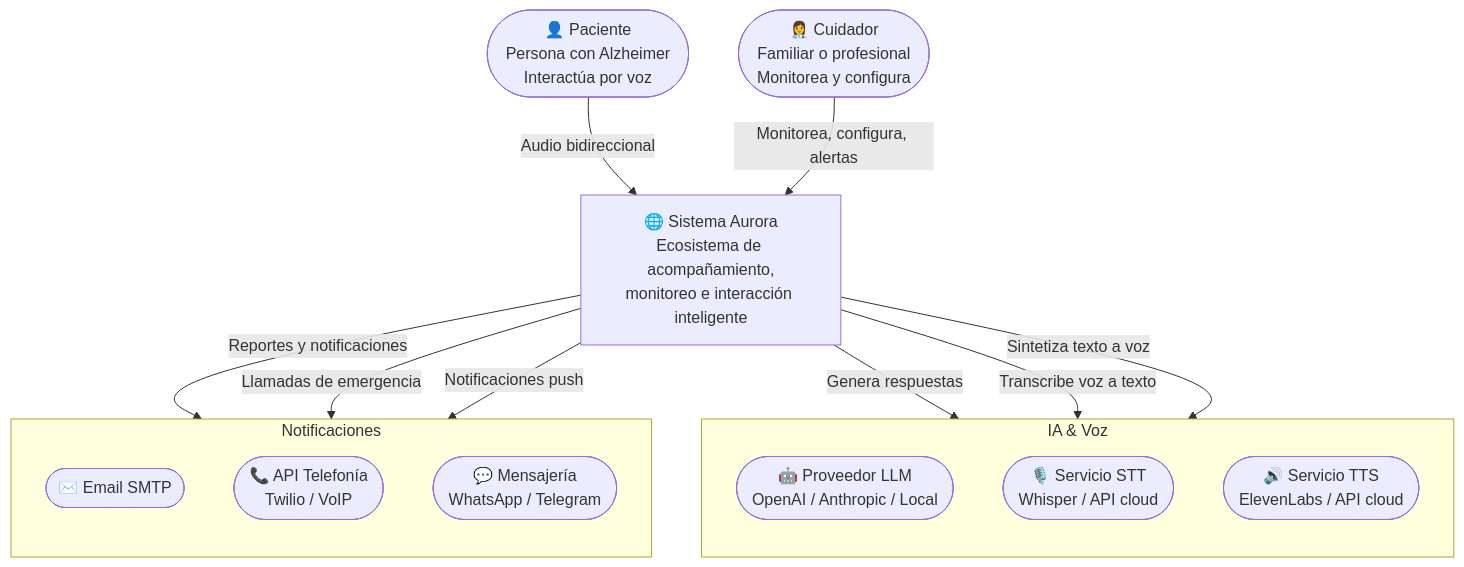
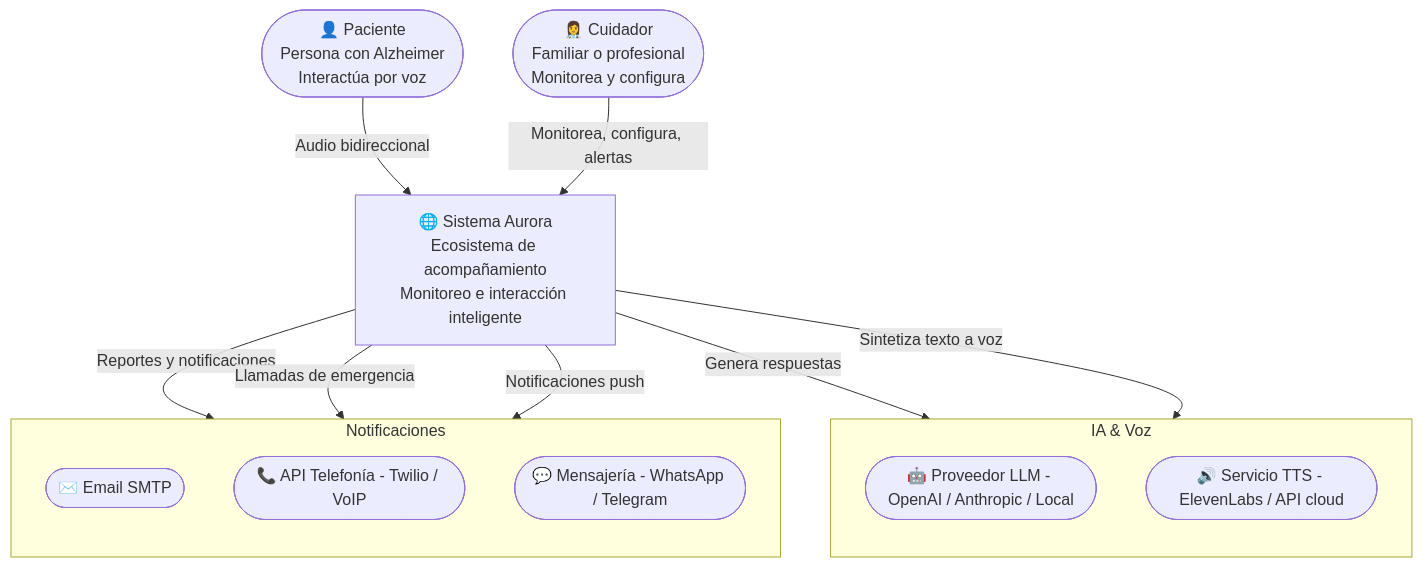
The first of 3 diagrams in Document Hub/Arquitectura y Stack Tecnológico.md (NicolasRodeyro/ObsidianAurora), drawn with Mermaid before and after one commit. The commit also changed other lines of this file and 3 other files, not shown here.

````diff
--- a/Document Hub/Arquitectura y Stack Tecnológico.md
+++ b/Document Hub/Arquitectura y Stack Tecnológico.md
@@ -47,32 +47,30 @@
 ```mermaid
 flowchart TB
 
-    patient(["👤 Paciente \n Persona con Alzheimer\nInteractúa por voz"])
-    caregiver(["👩‍⚕️ Cuidador\n Familiar o profesional\nMonitorea y configura"])
+    patient(["👤 Paciente<br/>Persona con Alzheimer<br/>Interactúa por voz"])
+    caregiver(["👩‍⚕️ Cuidador<br/>Familiar o profesional<br/>Monitorea y configura"])
 
-    aurora["🌐 Sistema Aurora\nEcosistema de acompañamiento,\nmonitoreo e interacción inteligente"]
+    aurora["🌐 Sistema Aurora<br/>Ecosistema de acompañamiento<br/>Monitoreo e interacción inteligente"]
 
     subgraph ext_ai["IA & Voz"]
         direction TB
-        llm(["🤖 Proveedor LLM\nOpenAI / Anthropic / Local"])
-        stt(["🎙️ Servicio STT\nWhisper / API cloud"])
-        tts(["🔊 Servicio TTS\nElevenLabs / API cloud"])
+        llm(["🤖 Proveedor LLM - OpenAI / Anthropic / Local"])
+        tts(["🔊 Servicio TTS - ElevenLabs / API cloud"])
     end
 
     subgraph ext_notif["Notificaciones"]
         direction TB
         email(["✉️ Email SMTP"])
-        telephony(["📞 API Telefonía\nTwilio / VoIP"])
-        messaging(["💬 Mensajería\nWhatsApp / Telegram"])
+        telephony(["📞 API Telefonía - Twilio / VoIP"])
+        messaging(["💬 Mensajería - WhatsApp / Telegram"])
     end
 
     patient -->|"Audio bidireccional"| aurora
     caregiver -->|"Monitorea, configura, alertas"| aurora
 
     aurora -->|"Genera respuestas"| llm
-    aurora -->|"Transcribe voz a texto"| stt
     aurora -->|"Sintetiza texto a voz"| tts
     aurora -->|"Reportes y notificaciones"| email
     aurora -->|"Llamadas de emergencia"| telephony
     aurora -->|"Notificaciones push"| messaging
 ```
````
